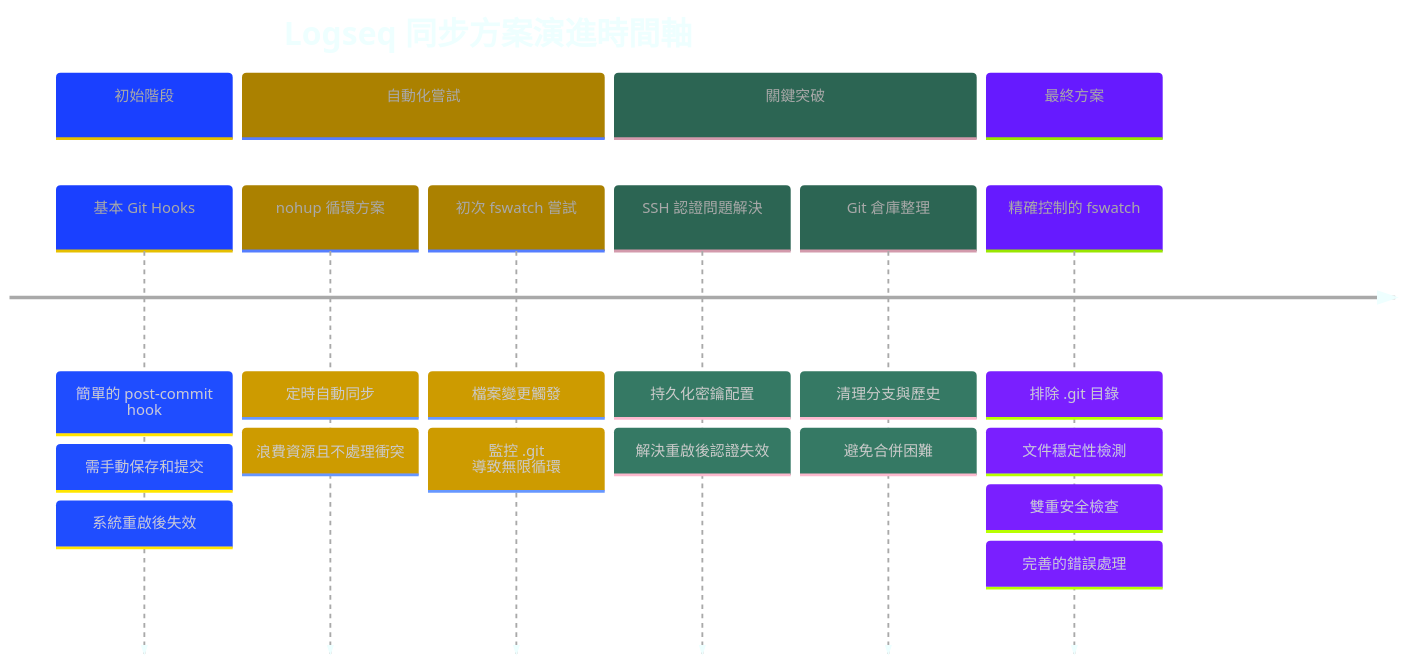
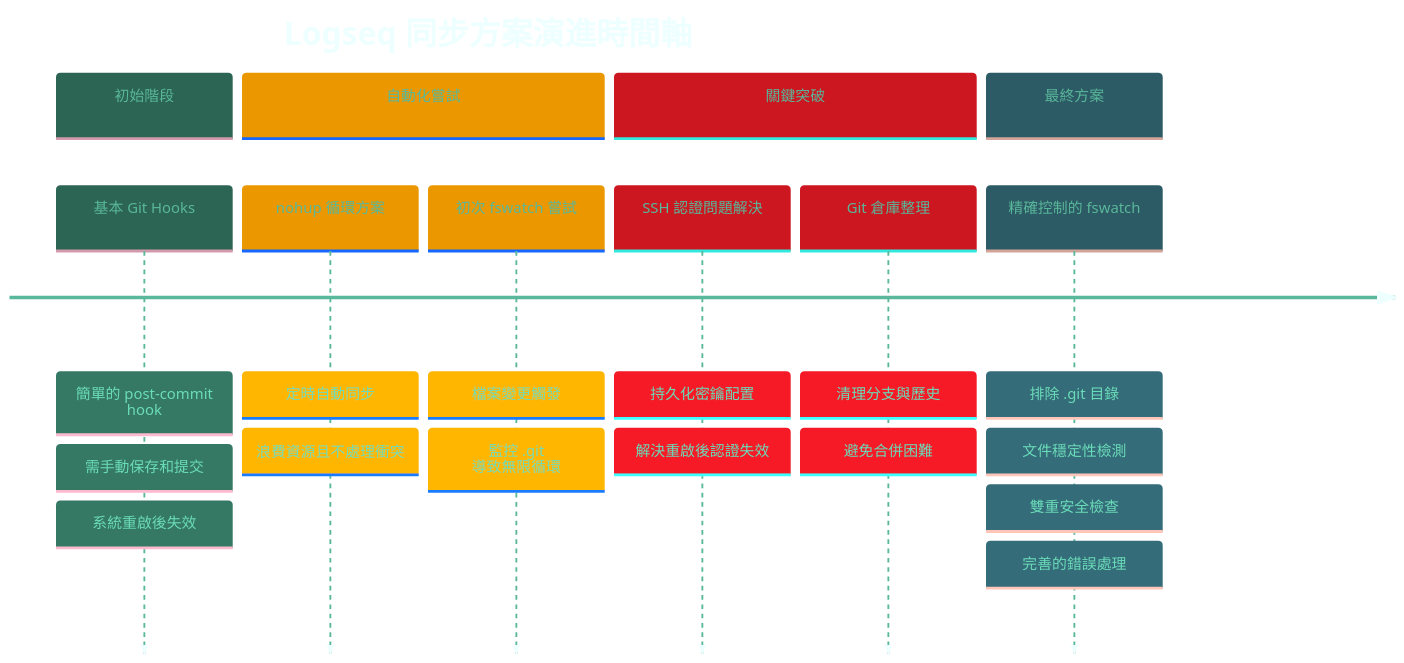
The first of 2 diagrams in Logseq同步方案演進記錄.md (GengGeng026/Sync-Logseq), drawn with Mermaid before and after one commit.

Commit message:
Auto-sync: Wed Mar 26 09:24:33 +08 2025

````diff
--- a/Logseq同步方案演進記錄.md
+++ b/Logseq同步方案演進記錄.md
@@ -24,44 +24,44 @@
 ```mermaid
 %%{init: {
   'theme': 'base', 
   'themeVariables': {
-    'primaryColor': '#99AAFF',
-    'secondaryColor': '#FFCB2B',
-    'tertiaryColor': '#59B79A',
-    'primaryTextColor': 'darkgrey',
+    'primaryColor': '#59B79A',
+    'primaryTextColor': '#59B79A',
     'primaryBorderColor': '#59B79A',
     'lineColor': '#C792EA',
+    'secondaryColor': '#FFCB6B',
+    'tertiaryColor': '#F07178',
     'background': 'transparent',
     'textColor': '#EEFFFF',
     'nodeBorder': '#59B79A',
     'clusterBkg': 'transparent',
     'titleColor': '#EEFFFF',
     'sectionBkgColor': '#273747',
     'sectionBkgColor2': '#334455',
     'sectionBkgColor3': '#3A4A5A',
     'sectionBkgColor4': '#42546A',
     'sectionBkgColor5': '#4B5E78'
   }
 }}%%
 timeline
     title Logseq 同步方案演進時間軸
     section 初始階段
         基本 Git Hooks : 簡單的 post-commit hook
         : 需手動保存和提交
         : 系統重啟後失效
     section 自動化嘗試
         nohup 循環方案 : 定時自動同步
         : 浪費資源且不處理衝突
         初次 fswatch 嘗試 : 檔案變更觸發
         : 監控 .git 導致無限循環
     section 關鍵突破
         SSH 認證問題解決 : 持久化密鑰配置
         : 解決重啟後認證失效
         Git 倉庫整理 : 清理分支與歷史
         : 避免合併困難
     section 最終方案
         精確控制的 fswatch : 排除 .git 目錄
         : 文件穩定性檢測
         : 雙重安全檢查
         : 完善的錯誤處理
 ```
````
